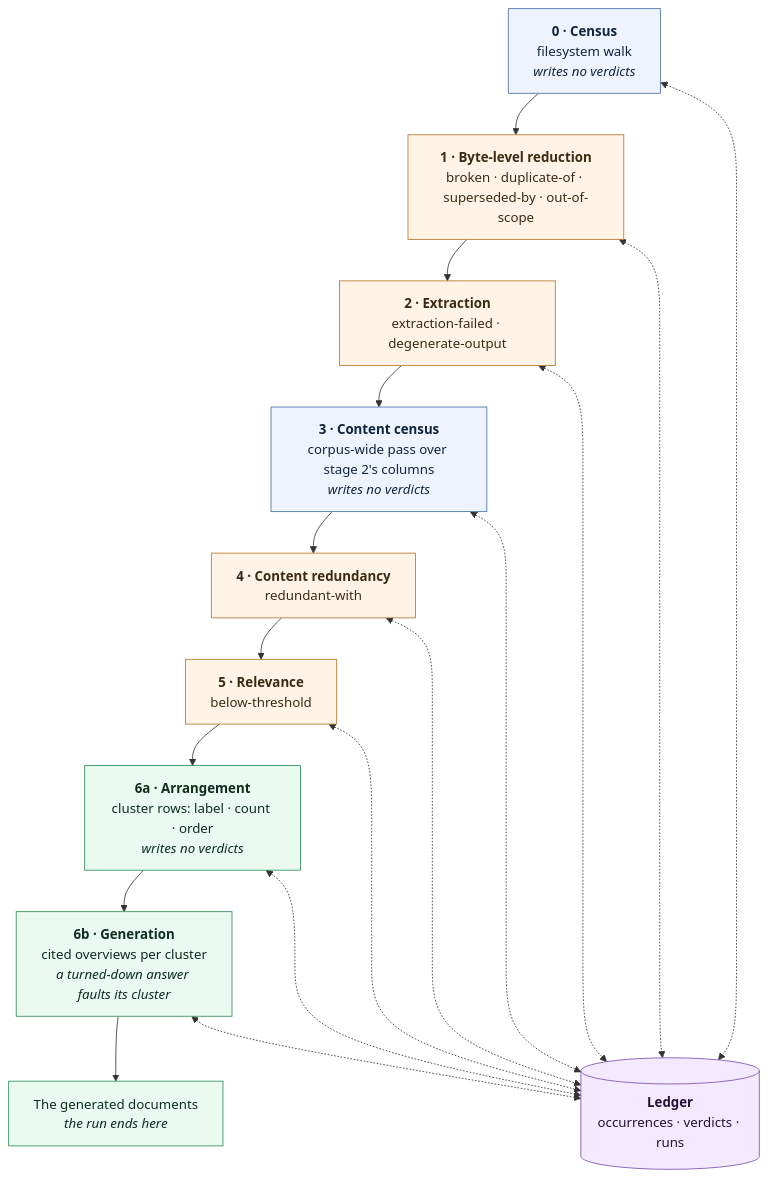
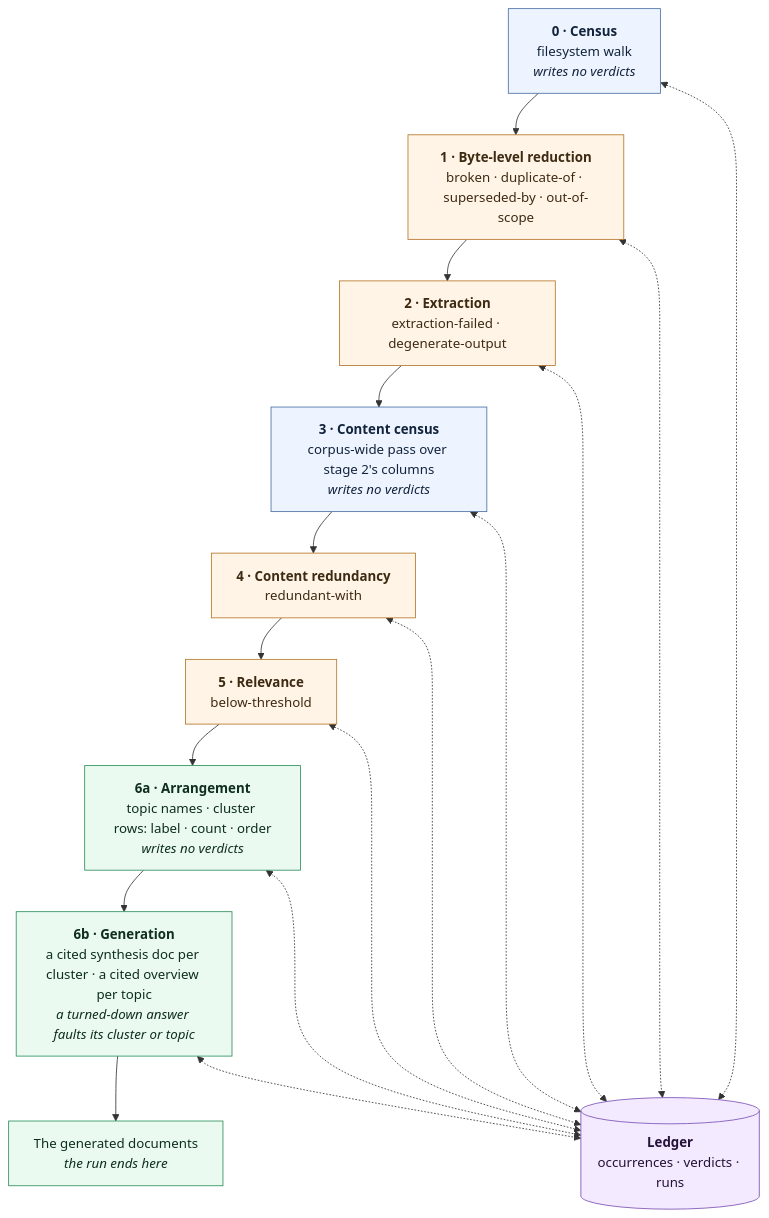
Before and after one commit to algernon28/vespera: the first of 6 diagrams in docs/architecture.md, drawn with Mermaid. The commit also changed other lines of this file and 6 other files, not shown here.

````diff
--- a/docs/architecture.md
+++ b/docs/architecture.md
@@ -35,33 +35,33 @@
 ```mermaid
 flowchart TD
     S0["<b>0 · Census</b><br/>filesystem walk<br/><i>writes no verdicts</i>"]
     S1["<b>1 · Byte-level reduction</b><br/>broken · duplicate-of · superseded-by · out-of-scope"]
     S2["<b>2 · Extraction</b><br/>extraction-failed · degenerate-output"]
     S3["<b>3 · Content census</b><br/>corpus-wide pass over stage 2's columns<br/><i>writes no verdicts</i>"]
     S4["<b>4 · Content redundancy</b><br/>redundant-with"]
     S5["<b>5 · Relevance</b><br/>below-threshold"]
-    S6A["<b>6a · Arrangement</b><br/>cluster rows: label · count · order<br/><i>writes no verdicts</i>"]
-    S6B["<b>6b · Generation</b><br/>cited overviews per cluster<br/><i>a turned-down answer faults its cluster</i>"]
+    S6A["<b>6a · Arrangement</b><br/>topic names · cluster rows: label · count · order<br/><i>writes no verdicts</i>"]
+    S6B["<b>6b · Generation</b><br/>a cited synthesis doc per cluster · a cited overview per topic<br/><i>a turned-down answer faults its cluster or topic</i>"]
     LEDGER[("<b>Ledger</b><br/>occurrences · verdicts · runs")]
     ART["The generated documents<br/><i>the run ends here</i>"]
 
     S0 --> S1 --> S2 --> S3 --> S4 --> S5 --> S6A --> S6B --> ART
 
     S0 <-.-> LEDGER
     S1 <-.-> LEDGER
     S2 <-.-> LEDGER
     S3 <-.-> LEDGER
     S4 <-.-> LEDGER
     S5 <-.-> LEDGER
     S6A <-.-> LEDGER
     S6B <-.-> LEDGER
 
     classDef measure fill:#eef4ff,stroke:#4a6fa5,color:#12243d
     classDef judge fill:#fff4e6,stroke:#b5762a,color:#3d2a12
     classDef out fill:#eafaf1,stroke:#2f8f5b,color:#0f2e1e
     classDef store fill:#f3eaff,stroke:#7a4fb5,color:#241238
     class S0,S3 measure
     class S1,S2,S4,S5 judge
     class S6A,S6B,ART out
     class LEDGER store
 ```
````
